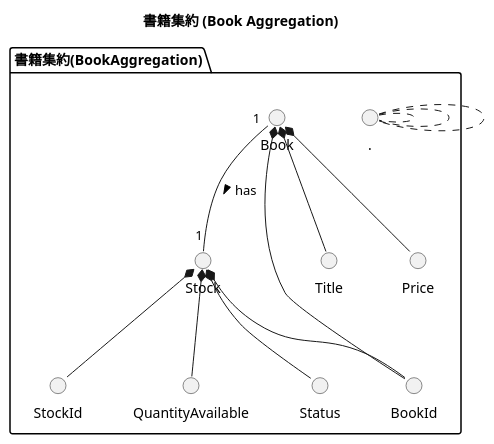
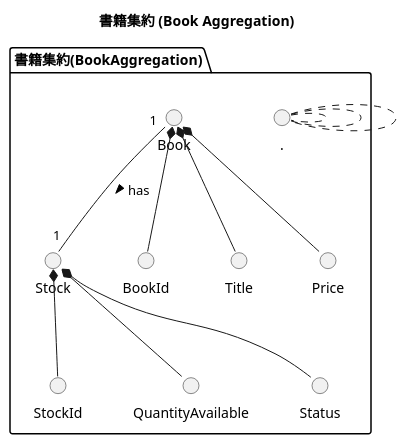
One commit to yamachan0625/zenn changed the fifth of 14 diagrams in books/ddd-hands-on/chapter6.md. Above: the diagram before and after it, drawn with PlantUML. The commit also changed other lines of this file and 6 other files, not shown here.

````diff
--- a/books/ddd-hands-on/chapter6.md
+++ b/books/ddd-hands-on/chapter6.md
@@ -235,27 +234,26 @@
 ```plantuml:StockManagement/Domain/models/Book/Book.pu
 @startuml BookAggregation
 
 title 書籍集約 (Book Aggregation)
 
 package "書籍集約(BookAggregation)" {
     ' 1. エンティティの定義
     ...
     ' 2. 属性の定義
     ...
     ' 3. ルールの追加
     ...
     ' 4. 関連性の定義
     Book "1" -down- "1" Stock : has >
 
     Book *-down- BookId
     Book *-down- Title
     Book *-down- Price
 
     Stock *-down- StockId
-    Stock *-down- BookId
     Stock *-down- QuantityAvailable
     Stock *-down- Status
 }
 
 @enduml
 ```
````
